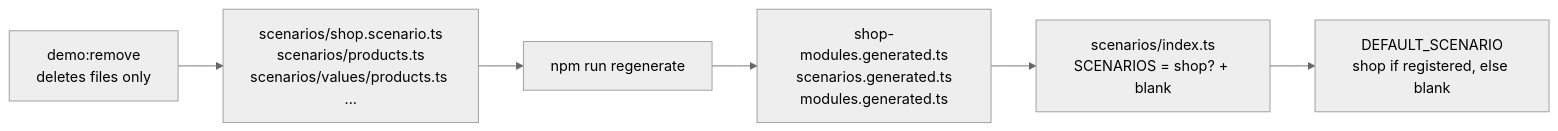
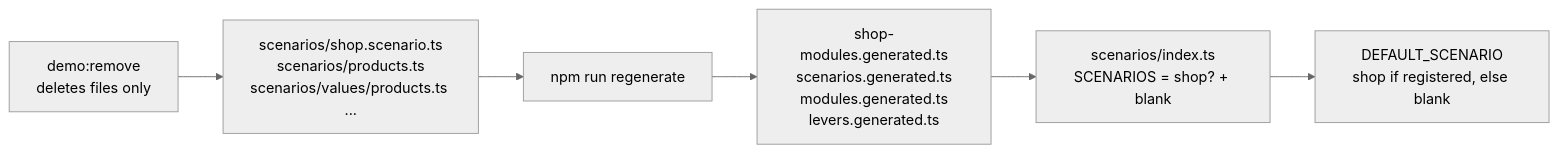
Before and after one commit to Guebbit/boilerplate-node-backend: the third of 3 diagrams in docs/tools/demo-profile.md, drawn with Mermaid (neutral theme). The commit also changed other lines of this file and 5 other files, not shown here.

First line of the commit message:
refactor(scenarios): collect each module's demo levers from disk, not from demo.ts

````diff
--- a/docs/tools/demo-profile.md
+++ b/docs/tools/demo-profile.md
@@ -240,8 +241,8 @@
 ```mermaid
 flowchart LR
     Strip["demo:remove<br/>deletes files only"] --> Gone["scenarios/shop.scenario.ts<br/>scenarios/products.ts<br/>scenarios/values/products.ts ..."]
     Gone --> Gen["npm run regenerate"]
-    Gen --> Reg["shop-modules.generated.ts<br/>scenarios.generated.ts<br/>modules.generated.ts"]
+    Gen --> Reg["shop-modules.generated.ts<br/>scenarios.generated.ts<br/>modules.generated.ts<br/>levers.generated.ts"]
     Reg --> Index["scenarios/index.ts<br/>SCENARIOS = shop? + blank"]
     Index --> Default["DEFAULT_SCENARIO<br/>shop if registered, else blank"]
 ```
````
